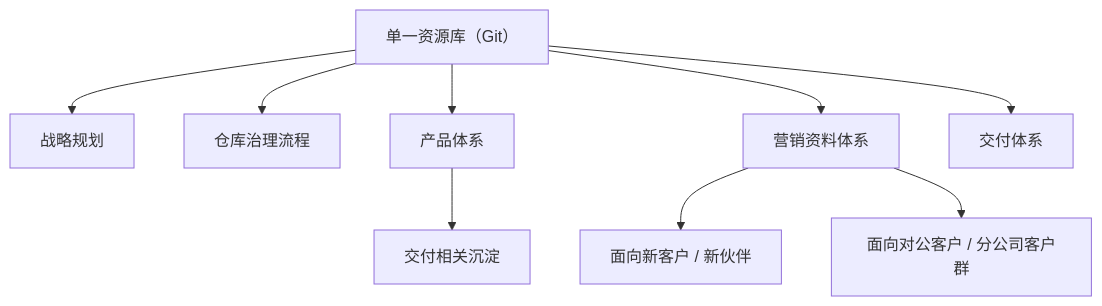
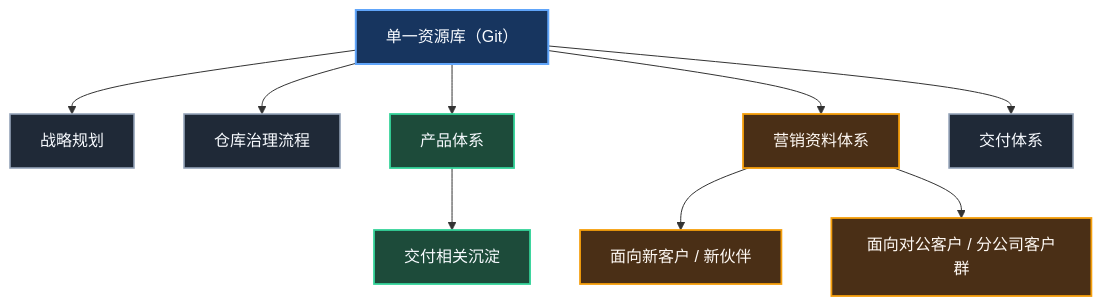
Before and after one commit to dony-hu/jerry-notes: the third of 3 diagrams in posts/future-organization-and-operating-model-2026-03-23.md, drawn with Mermaid. The commit also changed other lines of this file, not shown here.

Commit message:
style: enhance mermaid hierarchy in future org post

````diff
--- a/posts/future-organization-and-operating-model-2026-03-23.md
+++ b/posts/future-organization-and-operating-model-2026-03-23.md
@@ -152,12 +168,22 @@
 ```mermaid
 flowchart TD
     A["单一资源库（Git）"]
     A --> B["战略规划"]
     A --> C["仓库治理流程"]
     A --> D["产品体系"]
     D --> D1["交付相关沉淀"]
     A --> E["营销资料体系"]
     E --> E1["面向新客户 / 新伙伴"]
     E --> E2["面向对公客户 / 分公司客户群"]
     A --> F["交付体系"]
+
+    classDef root fill:#17355f,stroke:#60a5fa,color:#f8fbff,stroke-width:2px;
+    classDef branch fill:#1f2937,stroke:#94a3b8,color:#f8fbff,stroke-width:1.6px;
+    classDef product fill:#1d4b3a,stroke:#34d399,color:#f8fbff,stroke-width:1.8px;
+    classDef market fill:#4a2f16,stroke:#f59e0b,color:#fffaf5,stroke-width:1.8px;
+
+    class A root;
+    class B,C,F branch;
+    class D,D1 product;
+    class E,E1,E2 market;
 ```
````
